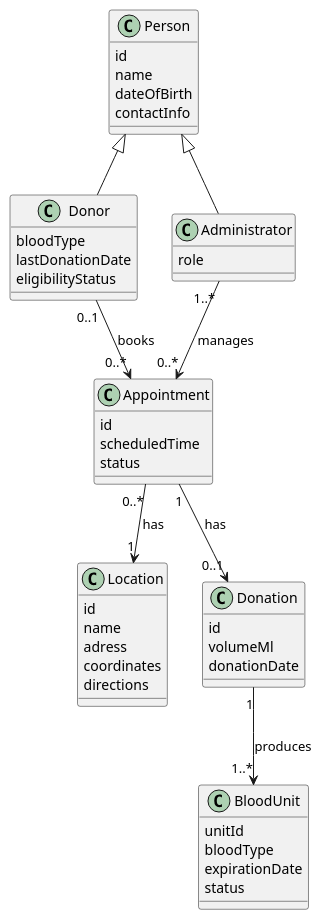
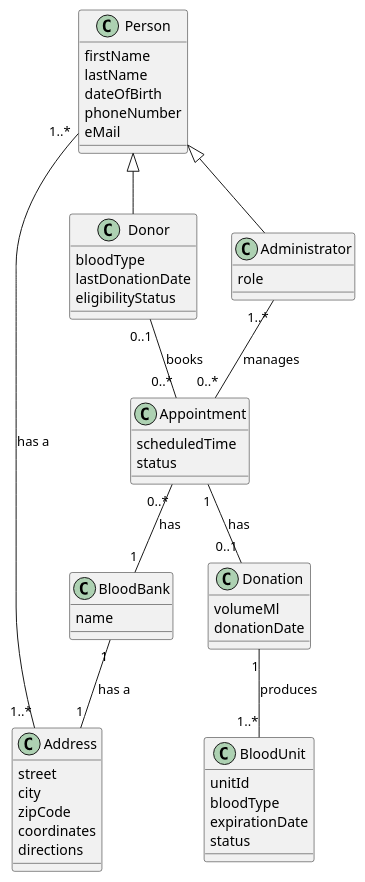
The diagram in docs/assignment-1/DomainModel.md (japetsch/dat251-group-c), drawn with PlantUML before and after one commit.

Commit message:
Update DomainModel

````diff
--- a/docs/assignment-1/DomainModel.md
+++ b/docs/assignment-1/DomainModel.md
@@ -1,57 +1,63 @@
 ```plantuml
 @startuml
 class Person {
-  id
-  name
+  firstName
+  lastName
   dateOfBirth
-  contactInfo
+  phoneNumber
+  eMail
 }
+
+Person "1..*" -- "1..*" Address : has a
 
 class Donor extends Person {
   bloodType
   lastDonationDate
   eligibilityStatus
 }
 
 class Administrator extends Person {
   role
 }
 
-Donor "0..1" --> "0..*" Appointment : books
-Administrator "1..*" --> "0..*" Appointment : manages
+Donor "0..1" -- "0..*" Appointment : books
+Administrator "1..*" -- "0..*" Appointment : manages
 
 class Appointment {
-  id
   scheduledTime
   status
 }
 
-Appointment "0..*" --> "1" Location : has
+Appointment "0..*" -- "1" BloodBank : has
 
-class Location {
-  id
-  name
-  adress
+class BloodBank {
+  name  
+}
+
+class Address {
+  street
+  city
+  zipCode
   coordinates
   directions
 }
 
+BloodBank "1" -- "1" Address : has a
+
 class Donation {
-  id
   volumeMl
   donationDate
 }
 
-Appointment "1" --> "0..1" Donation : has
+Appointment "1" -- "0..1" Donation : has
 
 class BloodUnit {
   unitId
   bloodType
   expirationDate
   status
 }
 
-Donation "1" --> "1..*" BloodUnit : produces
-
+Donation "1" -- "1..*" BloodUnit : produces
 @enduml
 ```
````
